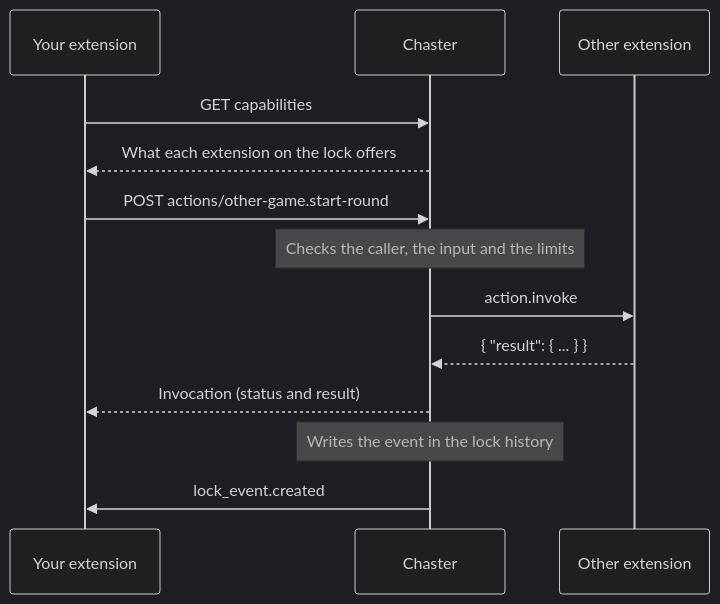
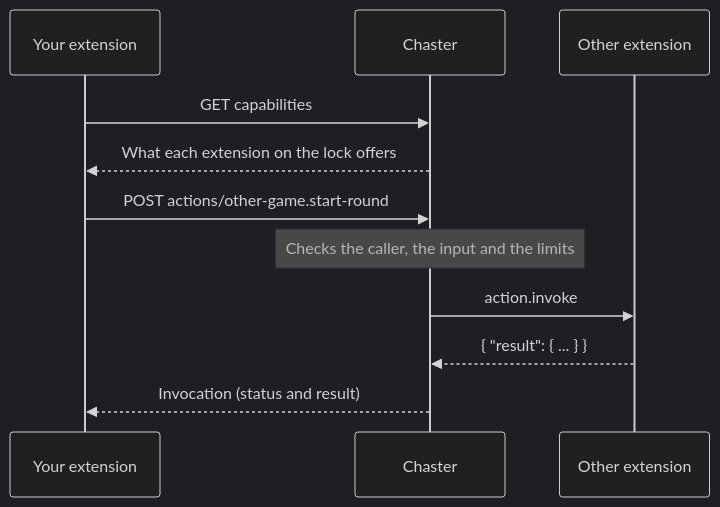
One commit to chasterapp/docs changed the second of 2 diagrams in docs/api/extensions-api/extension-communication/introduction.mdx. Above: the diagram before and after it, drawn with Mermaid (dark theme). The commit also changed other lines of this file and 3 other files, not shown here.

````diff
--- a/docs/api/extensions-api/extension-communication/introduction.mdx
+++ b/docs/api/extensions-api/extension-communication/introduction.mdx
@@ -41,15 +41,13 @@
 ```mermaid
 sequenceDiagram
     participant You as Your extension
     participant C as Chaster
     participant O as Other extension
     You->>C: GET capabilities
     C-->>You: What each extension on the lock offers
     You->>C: POST actions/other-game.start-round
     Note over C: Checks the caller, the input and the limits
     C->>O: action.invoke
     O-->>C: { "result": { ... } }
     C-->>You: Invocation (status and result)
-    Note over C: Writes the event in the lock history
-    C->>You: lock_event.created
 ```
````
